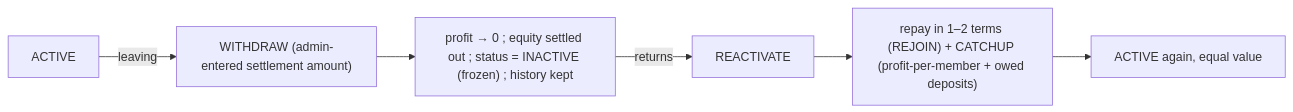
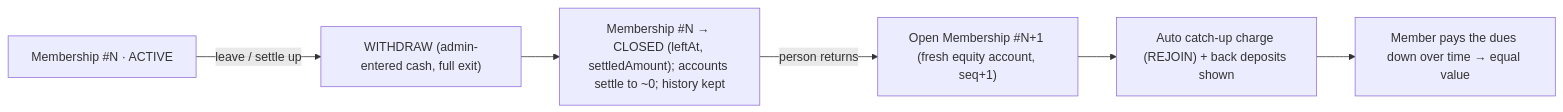
One commit to iam-hussain/peacock changed the fifth of 7 diagrams in docs/IMPLEMENTATION_PLAN.md. Above: the diagram before and after it, drawn with Mermaid. The commit also changed other lines of this file and 5 other files, not shown here.

````diff
--- a/docs/IMPLEMENTATION_PLAN.md
+++ b/docs/IMPLEMENTATION_PLAN.md
@@ -974,8 +1003,8 @@
 ```mermaid
 flowchart LR
-  AC["ACTIVE"] -->|leaving| W["WITHDRAW (admin-entered settlement amount)"]
-  W --> Z["profit → 0 ; equity settled out ; status = INACTIVE (frozen) ; history kept"]
-  Z -->|returns| RA["REACTIVATE"]
-  RA --> PAY["repay in 1–2 terms (REJOIN) + CATCHUP (profit-per-member + owed deposits)"]
-  PAY --> AC2["ACTIVE again, equal value"]
+  AC["Membership #N · ACTIVE"] -->|leave / settle up| W["WITHDRAW (admin-entered cash, full exit)"]
+  W --> CL["Membership #N → CLOSED (leftAt, settledAmount); accounts settle to ~0; history kept"]
+  CL -->|person returns| NEW["Open Membership #N+1 (fresh equity account, seq+1)"]
+  NEW --> CU["Auto catch-up charge (REJOIN) + back deposits shown"]
+  CU --> PAY["Member pays the dues down over time → equal value"]
 ```
````
